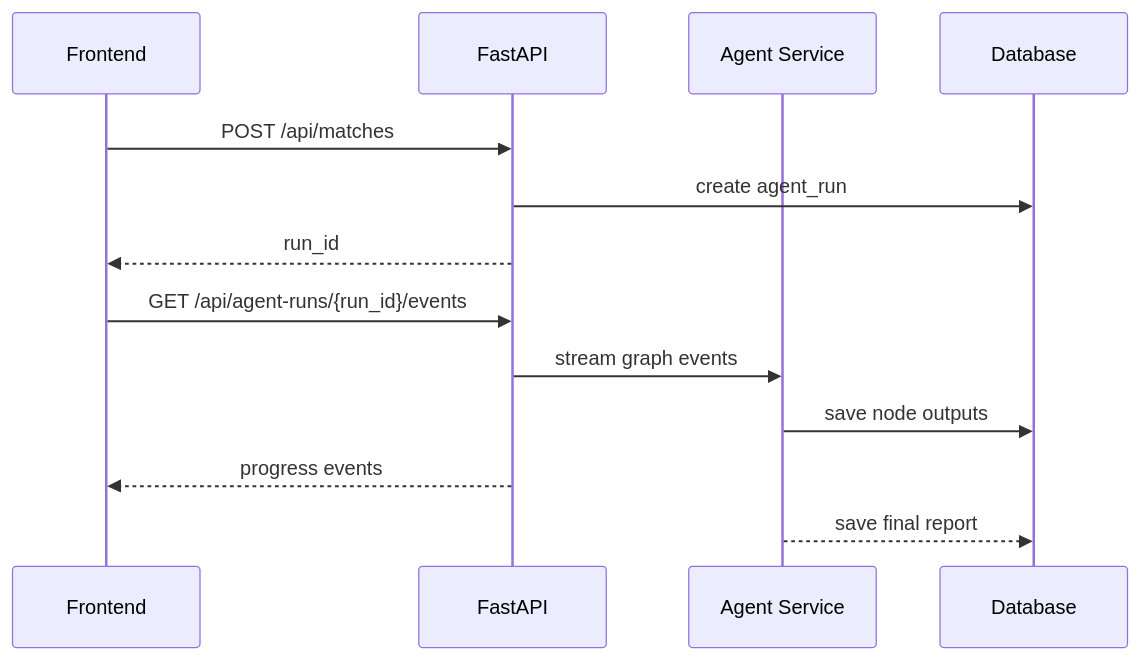
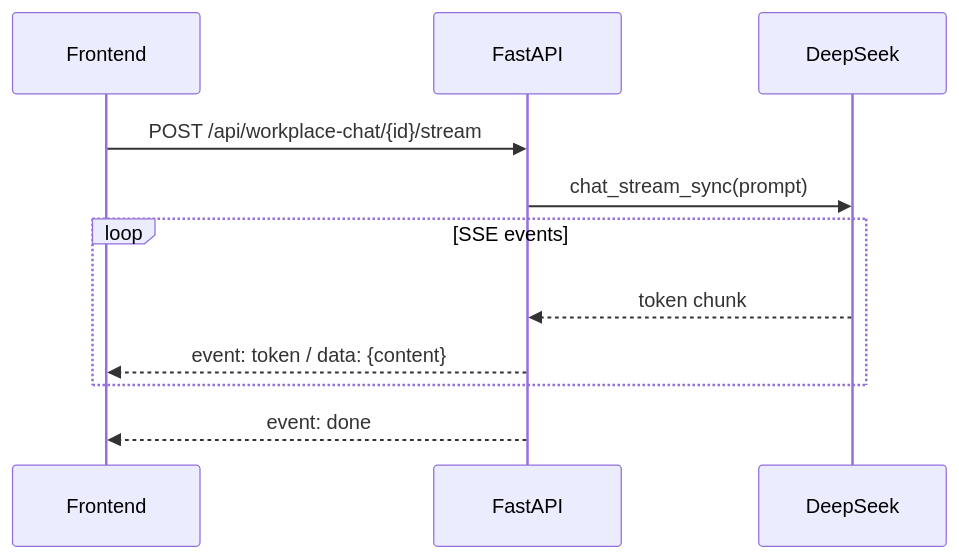
One commit to B20031620/careerpilot-resume-agent changed the fourth of 6 diagrams in docs/05_architecture.md. Above: the diagram before and after it, drawn with Mermaid. The commit also changed other lines of this file and 45 other files, not shown here.

````diff
--- a/docs/05_architecture.md
+++ b/docs/05_architecture.md
@@ -307,16 +360,14 @@
 ```mermaid
 sequenceDiagram
     participant FE as Frontend
     participant API as FastAPI
-    participant AG as Agent Service
-    participant DB as Database
+    participant LLM as DeepSeek
 
-    FE->>API: POST /api/matches
-    API->>DB: create agent_run
-    API-->>FE: run_id
-    FE->>API: GET /api/agent-runs/{run_id}/events
-    API->>AG: stream graph events
-    AG->>DB: save node outputs
-    API-->>FE: progress events
-    AG-->>DB: save final report
+    FE->>API: POST /api/workplace-chat/{id}/stream
+    API->>LLM: chat_stream_sync(prompt)
+    loop SSE events
+        LLM-->>API: token chunk
+        API-->>FE: event: token / data: {content}
+    end
+    API-->>FE: event: done
 ```
````
